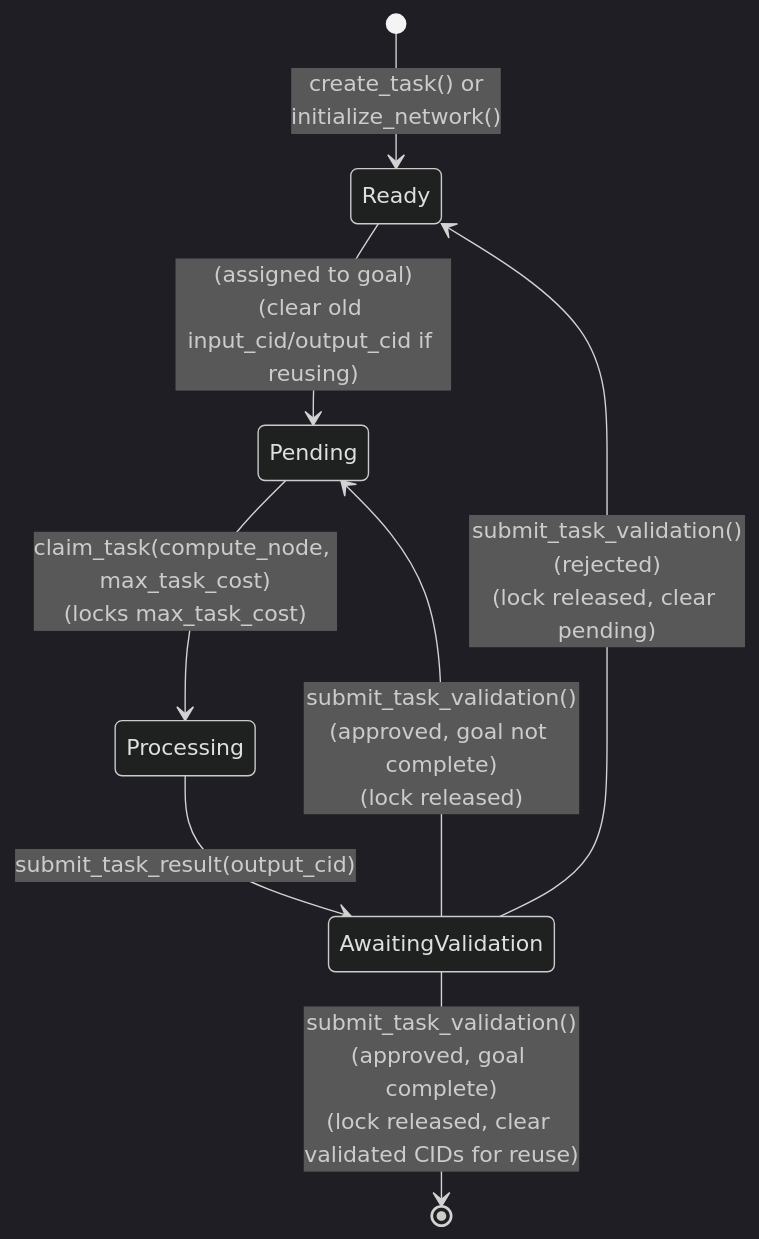
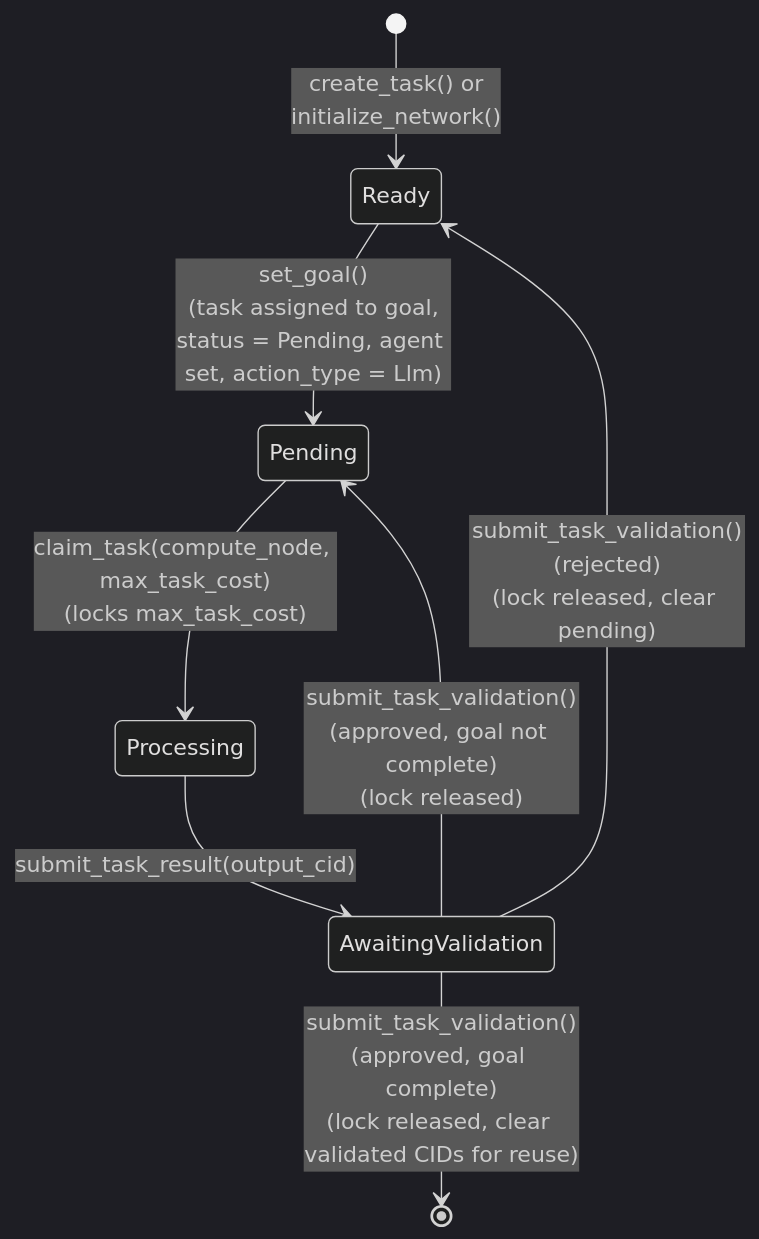
One commit to JorgeCosta87/decentralized-autonomous-computing changed the tenth of 13 diagrams in docs/design.md. Above: the diagram before and after it, drawn with Mermaid (dark theme). The commit also changed other lines of this file and 1 other file, not shown here.

````diff
--- a/docs/design.md
+++ b/docs/design.md
@@ -521,10 +529,10 @@
 ```mermaid
 stateDiagram-v2
     [*] --> Ready: create_task() or<br/>initialize_network()
-    Ready --> Pending: (assigned to goal)<br/>(clear old input_cid/output_cid if reusing)
+    Ready --> Pending: set_goal()<br/>(task assigned to goal,<br/>status = Pending, agent set, action_type = Llm)
     Pending --> Processing: claim_task(compute_node, max_task_cost)<br/>(locks max_task_cost)
     Processing --> AwaitingValidation: submit_task_result(output_cid)
     AwaitingValidation --> Pending: submit_task_validation()<br/>(approved, goal not complete)<br/>(lock released)
     AwaitingValidation --> Ready: submit_task_validation()<br/>(rejected)<br/>(lock released, clear pending)
     AwaitingValidation --> [*]: submit_task_validation()<br/>(approved, goal complete)<br/>(lock released, clear validated CIDs for reuse)
 ```
````
